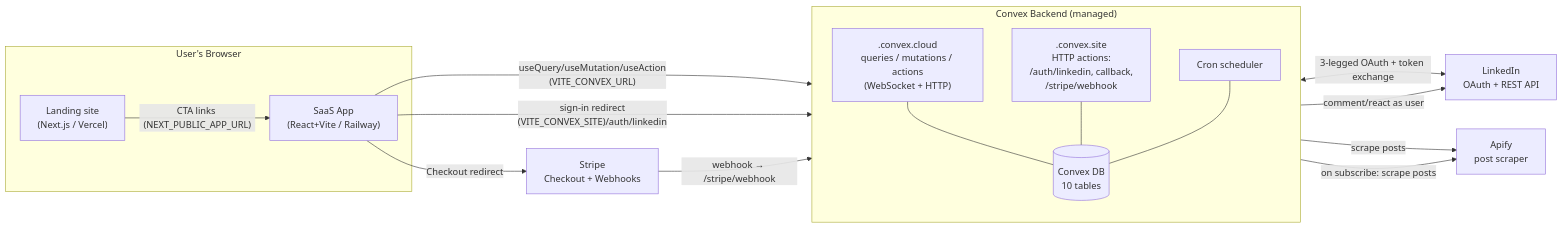
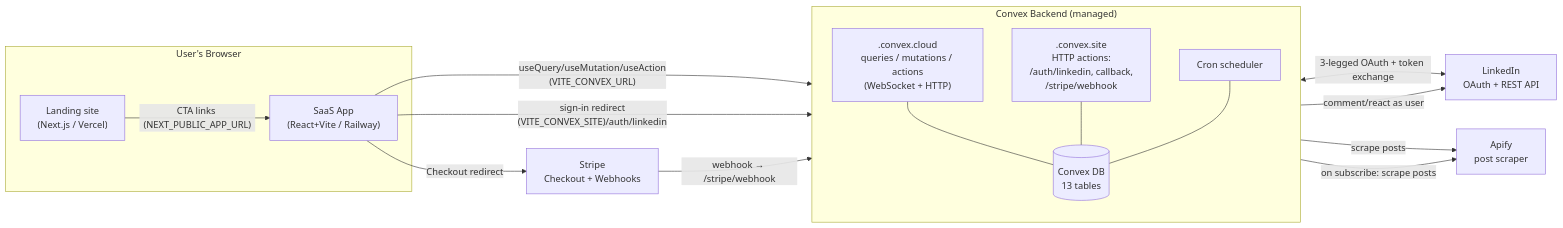
The first of 14 diagrams in docs/PLATFORM.md (henriko202/glowing-octo-guide), drawn with Mermaid before and after one commit. The commit also changed other lines of this file and 14 other files, not shown here.

````diff
--- a/docs/PLATFORM.md
+++ b/docs/PLATFORM.md
@@ -101,32 +102,32 @@
 ```mermaid
 flowchart LR
   subgraph Client["User's Browser"]
     Landing["Landing site<br/>(Next.js / Vercel)"]
     App["SaaS App<br/>(React+Vite / Railway)"]
   end
 
   subgraph Convex["Convex Backend (managed)"]
     direction TB
     Cloud[".convex.cloud<br/>queries / mutations / actions<br/>(WebSocket + HTTP)"]
     Site[".convex.site<br/>HTTP actions:<br/>/auth/linkedin, callback,<br/>/stripe/webhook"]
-    DB[("Convex DB<br/>10 tables")]
+    DB[("Convex DB<br/>13 tables")]
     Crons["Cron scheduler"]
     Cloud --- DB
     Site --- DB
     Crons --- DB
   end
 
   LinkedIn["LinkedIn<br/>OAuth + REST API"]
   Stripe["Stripe<br/>Checkout + Webhooks"]
   Apify["Apify<br/>post scraper"]
 
   Landing -- "CTA links (NEXT_PUBLIC_APP_URL)" --> App
   App -- "useQuery/useMutation/useAction<br/>(VITE_CONVEX_URL)" --> Cloud
   App -- "sign-in redirect<br/>(VITE_CONVEX_SITE)/auth/linkedin" --> Site
   Site <-- "3-legged OAuth + token exchange" --> LinkedIn
   Cloud -- "comment/react as user" --> LinkedIn
   App -- "Checkout redirect" --> Stripe
   Stripe -- "webhook → /stripe/webhook" --> Site
   Crons -- "scrape posts" --> Apify
   Cloud -- "on subscribe: scrape posts" --> Apify
 ```
````
